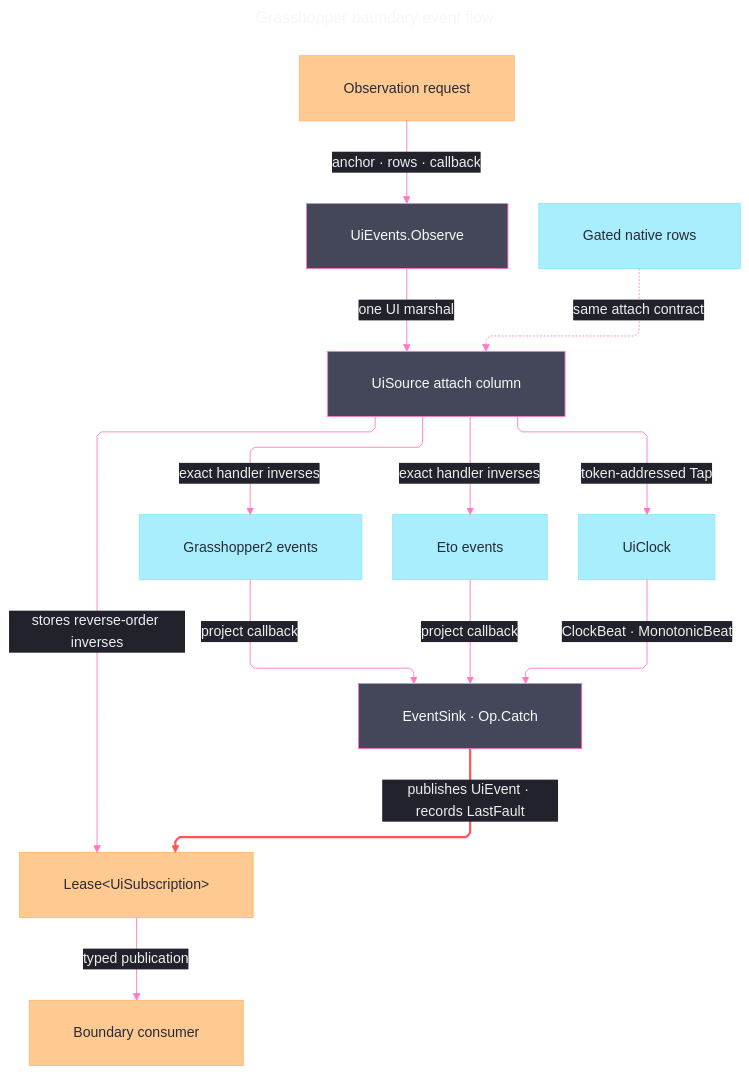
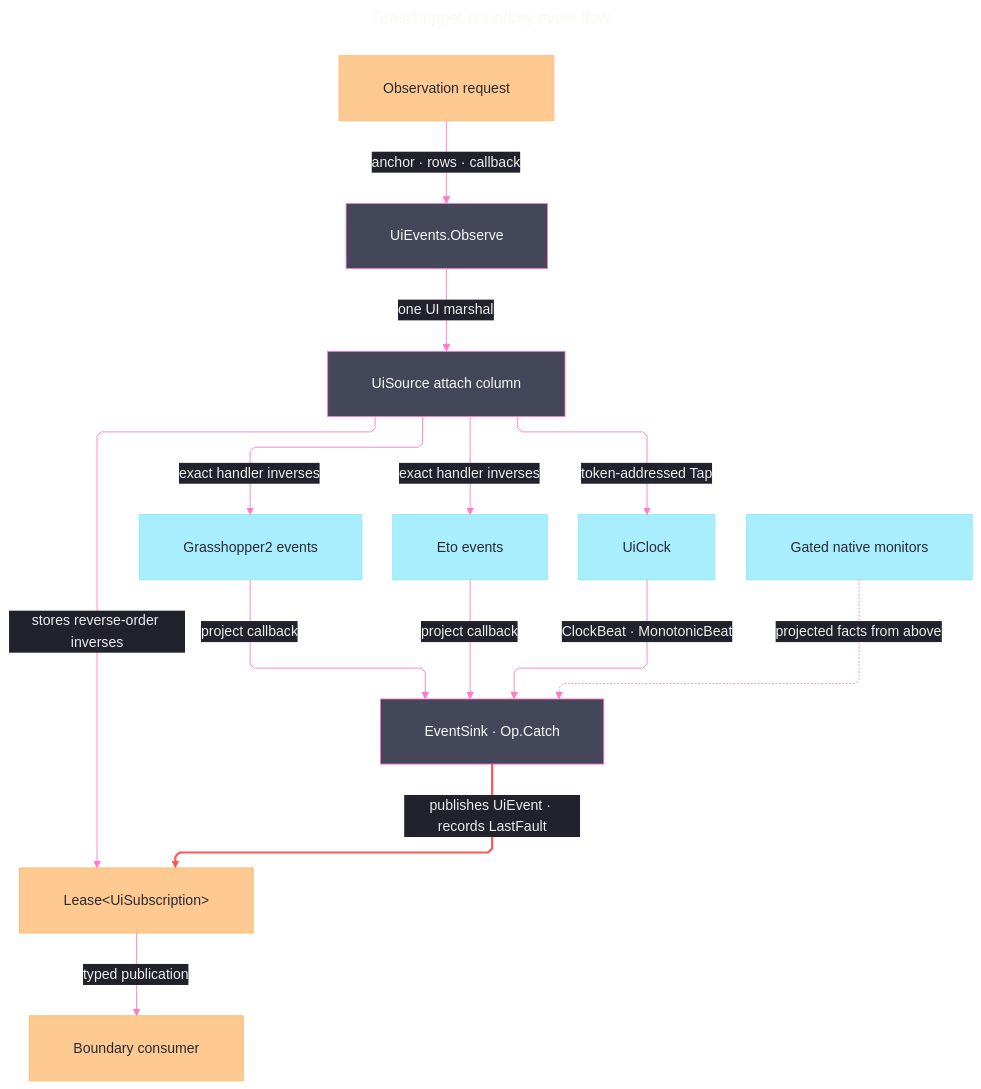
The diagram in libs/csharp/Rasm.Grasshopper/.planning/Shell/events.md (bsamiee/Rasm), drawn with Mermaid before and after one commit. The commit also changed other lines of this file and 195 other files, not shown here.

````diff
--- a/libs/csharp/Rasm.Grasshopper/.planning/Shell/events.md
+++ b/libs/csharp/Rasm.Grasshopper/.planning/Shell/events.md
@@ -512,56 +600,56 @@
 ```mermaid
 ---
 title: Grasshopper boundary event flow
 config:
   theme: base
   look: classic
   layout: elk
   htmlLabels: true
   markdownAutoWrap: false
   deterministicIds: true
   elk:
     nodePlacementStrategy: NETWORK_SIMPLEX
     considerModelOrder: NODES_AND_EDGES
   flowchart:
     curve: linear
     defaultRenderer: elk
     padding: 25
   themeVariables:
     darkMode: true
     fontFamily: "SF Mono, Menlo, Cascadia Mono, Segoe UI Mono, Consolas, monospace"
     useGradient: false
     dropShadow: "none"
     background: "#282A36"
     mainBkg: "#44475A"
     nodeBorder: "#BD93F9"
     lineColor: "#FF79C6"
     arrowheadColor: "#FF79C6"
     textColor: "#F8F8F2"
     titleColor: "#D6BCFA"
     edgeLabelBackground: "#21222C"
     labelBackgroundColor: "#21222C"
   themeCSS: ".nodeLabel{font-size:13px;font-weight:500}.edgeLabel{font-size:12px;font-weight:500}.cluster-label .nodeLabel{font-size:13.5px;font-weight:700;letter-spacing:.08em}.edge-thickness-normal{stroke-width:2px}.edge-thickness-thick{stroke-width:3px}.edge-pattern-dashed,.edge-pattern-dotted{stroke-width:1.5px;stroke-dasharray:4 6}.node rect,.node circle,.node polygon,.node path,.node .outer-path{stroke-width:1.5px;filter:none!important}.cluster rect{stroke-width:1px!important;stroke-dasharray:5 4!important;filter:none!important}.marker path{transform:scale(.8);transform-origin:5px 5px}.marker circle{transform:scale(.48);transform-origin:5px 5px}.edgeLabel rect{transform-box:fill-box;transform-origin:center;transform:scale(1.1,1.2)}"
 ---
 flowchart TB
   accTitle: Grasshopper boundary event flow
   accDescr: Transactional source rows attach to GH2, Eto, native, and UiClock providers; callbacks cross one contained sink and return typed events to consumers.
   Request["Observation request"] -->|"anchor · rows · callback"| Gate["UiEvents.Observe"]
   Gate -->|"one UI marshal"| Rows["UiSource attach column"]
   Rows -->|"exact handler inverses"| GH2["Grasshopper2 events"]
   Rows -->|"exact handler inverses"| EtoHost["Eto events"]
   Rows -->|"token-addressed Tap"| Clock["UiClock"]
   Clock -->|"ClockBeat · MonotonicBeat"| Sink["EventSink · Op.Catch"]
   GH2 -->|"project callback"| Sink
   EtoHost -->|"project callback"| Sink
-  Native["Gated native rows"] -.->|"same attach contract"| Rows
+  Native["Gated native monitors"] -.->|"projected facts from above"| Sink
   Sink -->|"publishes UiEvent · records LastFault"| Subscription["Lease&lt;UiSubscription&gt;"]
   Subscription -->|"typed publication"| Consumer["Boundary consumer"]
   Rows -->|"stores reverse-order inverses"| Subscription
   classDef primary fill:#44475A,stroke:#FF79C6,color:#F8F8F2
   classDef data fill:#FFB86CBF,stroke:#FFB86C,color:#282A36
   classDef external fill:#8BE9FDBF,stroke:#8BE9FD,color:#282A36
   class Request,Consumer,Subscription data
   class Gate,Rows,Sink primary
   class GH2,EtoHost,Clock,Native external
   linkStyle 9 stroke:#FF5555,stroke-width:2.5px
 ```
````
